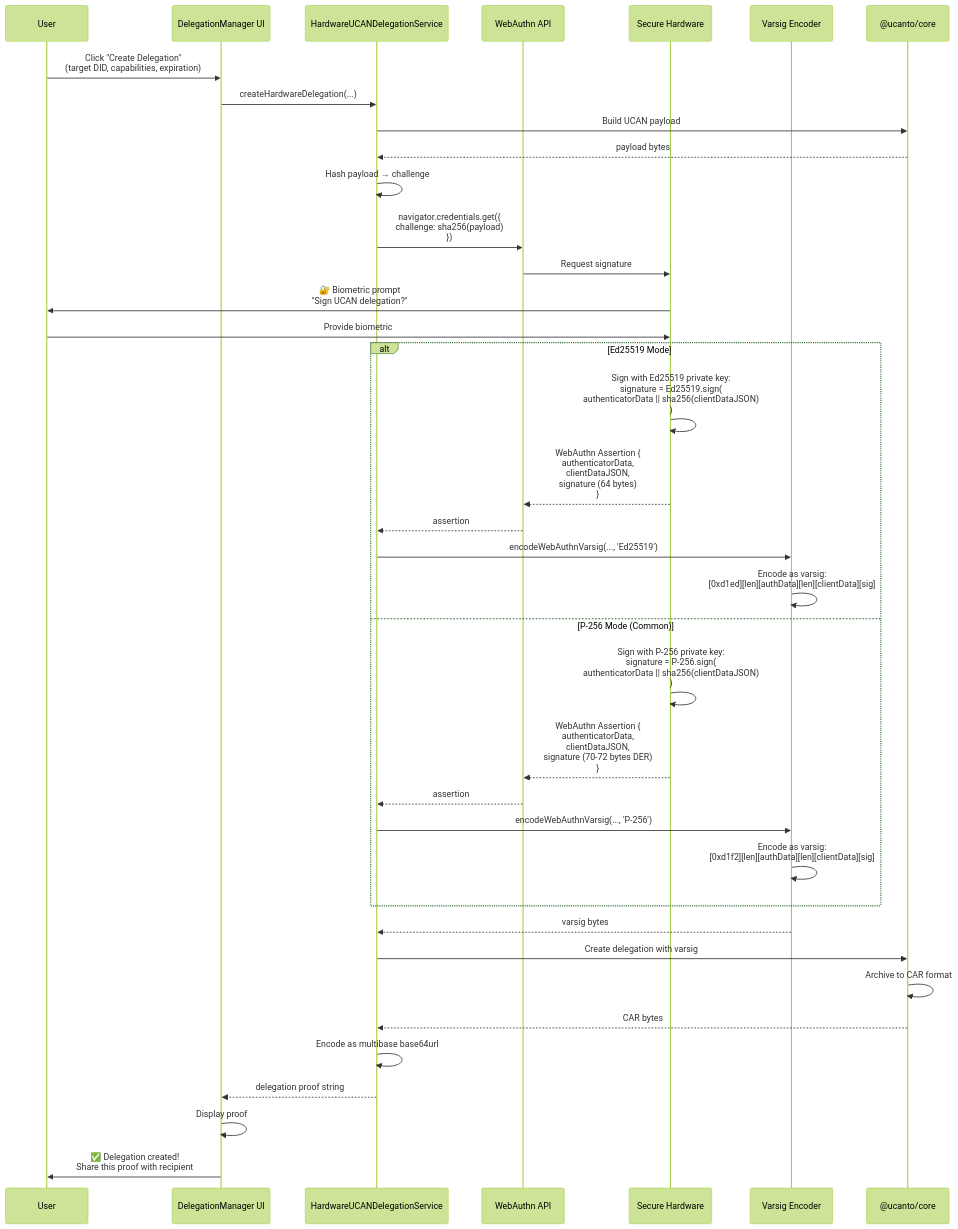
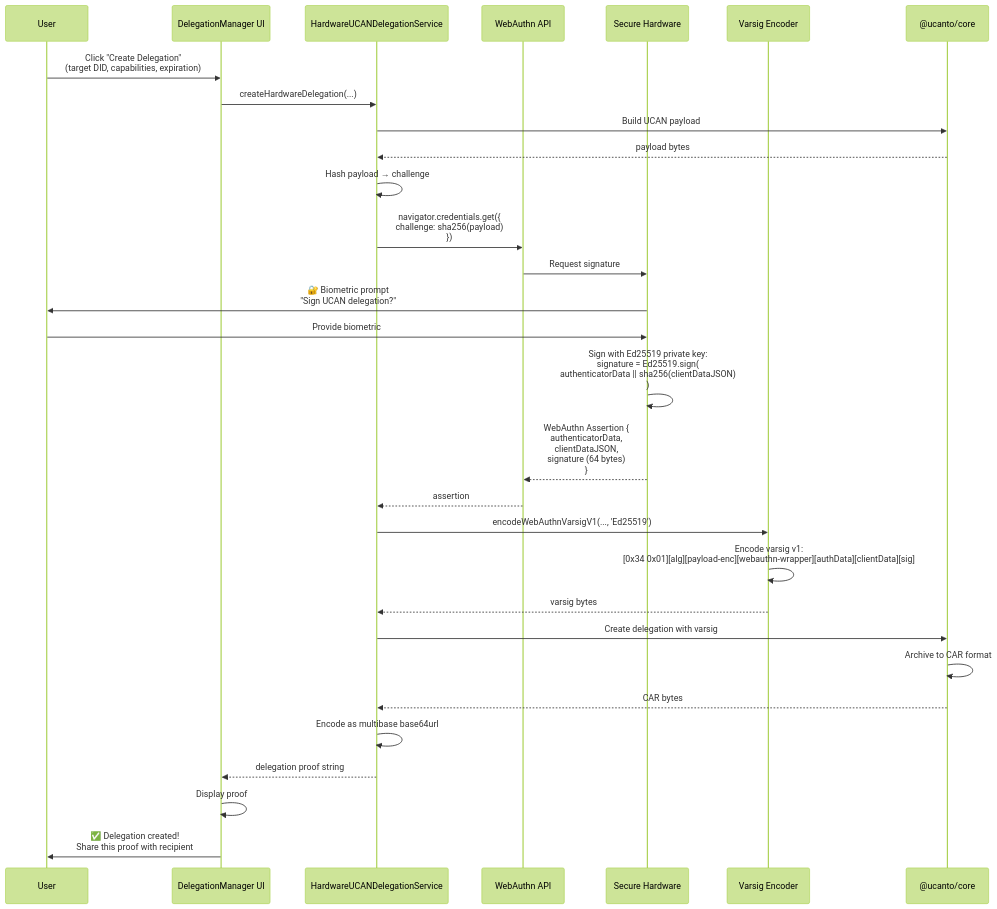
One commit to NiKrause/ucan-upload-wall changed the fourth of 13 diagrams in docs/ARCHITECTURE_FLOW.md. Above: the diagram before and after it, drawn with Mermaid (forest theme). The commit also changed other lines of this file and 6 other files, not shown here.

Commit message:
docs: update varsig v1 hardware-first guidance

````diff
--- a/docs/ARCHITECTURE_FLOW.md
+++ b/docs/ARCHITECTURE_FLOW.md
@@ -236,49 +230,41 @@
 ```mermaid
 sequenceDiagram
     participant User
     participant UI as DelegationManager UI
     participant HardwareService as HardwareUCANDelegationService
     participant Browser as WebAuthn API
     participant Hardware as Secure Hardware
     participant VarsigEncoder as Varsig Encoder
     participant Ucanto as @ucanto/core
 
     User->>UI: Click "Create Delegation"<br/>(target DID, capabilities, expiration)
     UI->>HardwareService: createHardwareDelegation(...)
     
     HardwareService->>Ucanto: Build UCAN payload
     Ucanto-->>HardwareService: payload bytes
     
     HardwareService->>HardwareService: Hash payload → challenge
     HardwareService->>Browser: navigator.credentials.get({<br/>  challenge: sha256(payload)<br/>})
     
     Browser->>Hardware: Request signature
     Hardware->>User: 🔐 Biometric prompt<br/>"Sign UCAN delegation?"
     User->>Hardware: Provide biometric
     
-    alt Ed25519 Mode
-        Hardware->>Hardware: Sign with Ed25519 private key:<br/>signature = Ed25519.sign(<br/>  authenticatorData || sha256(clientDataJSON)<br/>)
-        Hardware-->>Browser: WebAuthn Assertion {<br/>  authenticatorData,<br/>  clientDataJSON,<br/>  signature (64 bytes)<br/>}
-        Browser-->>HardwareService: assertion
-        HardwareService->>VarsigEncoder: encodeWebAuthnVarsig(..., 'Ed25519')
-        VarsigEncoder->>VarsigEncoder: Encode as varsig:<br/>[0xd1ed][len][authData][len][clientData][sig]
-    else P-256 Mode (Common)
-        Hardware->>Hardware: Sign with P-256 private key:<br/>signature = P-256.sign(<br/>  authenticatorData || sha256(clientDataJSON)<br/>)
-        Hardware-->>Browser: WebAuthn Assertion {<br/>  authenticatorData,<br/>  clientDataJSON,<br/>  signature (70-72 bytes DER)<br/>}
-        Browser-->>HardwareService: assertion
-        HardwareService->>VarsigEncoder: encodeWebAuthnVarsig(..., 'P-256')
-        VarsigEncoder->>VarsigEncoder: Encode as varsig:<br/>[0xd1f2][len][authData][len][clientData][sig]
-    end
+    Hardware->>Hardware: Sign with Ed25519 private key:<br/>signature = Ed25519.sign(<br/>  authenticatorData || sha256(clientDataJSON)<br/>)
+    Hardware-->>Browser: WebAuthn Assertion {<br/>  authenticatorData,<br/>  clientDataJSON,<br/>  signature (64 bytes)<br/>}
+    Browser-->>HardwareService: assertion
+    HardwareService->>VarsigEncoder: encodeWebAuthnVarsigV1(..., 'Ed25519')
+    VarsigEncoder->>VarsigEncoder: Encode varsig v1:<br/>[0x34 0x01][alg][payload-enc][webauthn-wrapper][authData][clientData][sig]
     
     VarsigEncoder-->>HardwareService: varsig bytes
     
     HardwareService->>Ucanto: Create delegation with varsig
     Ucanto->>Ucanto: Archive to CAR format
     Ucanto-->>HardwareService: CAR bytes
     
     HardwareService->>HardwareService: Encode as multibase base64url
     HardwareService-->>UI: delegation proof string
     
     UI->>UI: Display proof
     UI->>User: ✅ Delegation created!<br/>Share this proof with recipient
 ```
````
